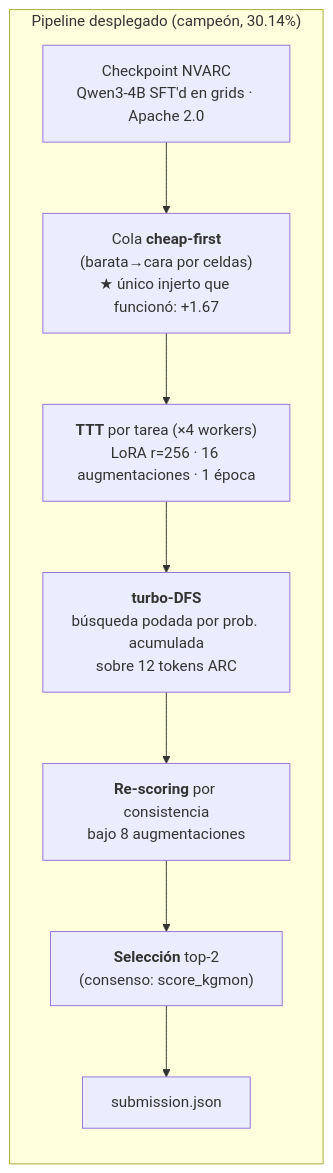
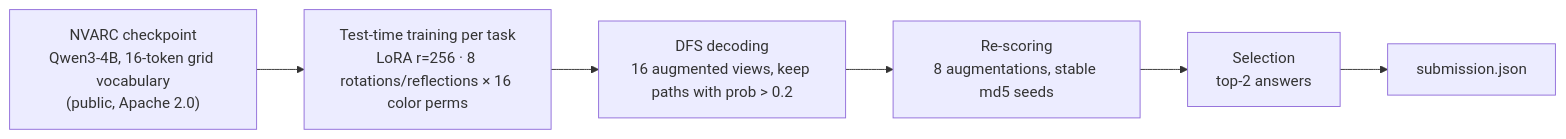
One commit to jvilladuque90/arc-prize-2026-arc-agi-2 changed the diagram in README.md. Above: the diagram before and after it, drawn with Mermaid. The commit also changed other lines of this file, not shown here.

````diff
--- a/README.md
+++ b/README.md
@@ -55,13 +17,9 @@
 ```mermaid
-flowchart TB
-    subgraph PIPE["Pipeline desplegado (campeón, 30.14%)"]
-        direction TB
-        Q["Checkpoint NVARC<br/>Qwen3-4B SFT'd en grids · Apache 2.0"]
-        CF["Cola <b>cheap-first</b><br/>(barata→cara por celdas)<br/>★ único injerto que funcionó: +1.67"]
-        TTT["<b>TTT</b> por tarea (×4 workers)<br/>LoRA r=256 · 16 augmentaciones · 1 época"]
-        DFS["<b>turbo-DFS</b><br/>búsqueda podada por prob. acumulada<br/>sobre 12 tokens ARC"]
-        RS["<b>Re-scoring</b> por consistencia<br/>bajo 8 augmentaciones"]
-        SEL["<b>Selección</b> top-2<br/>(consenso: score_kgmon)"]
-        Q --> CF --> TTT --> DFS --> RS --> SEL --> SUB["submission.json"]
-    end
+flowchart LR
+    Q["NVARC checkpoint<br/>Qwen3-4B, 16-token grid vocabulary<br/>(public, Apache 2.0)"]
+    TTT["Test-time training per task<br/>LoRA r=256 · 8 rotations/reflections × 16 color perms"]
+    DFS["DFS decoding<br/>16 augmented views, keep paths with prob > 0.2"]
+    RS["Re-scoring<br/>8 augmentations, stable md5 seeds"]
+    SEL["Selection<br/>top-2 answers"]
+    Q --> TTT --> DFS --> RS --> SEL --> SUB["submission.json"]
 ```
````
